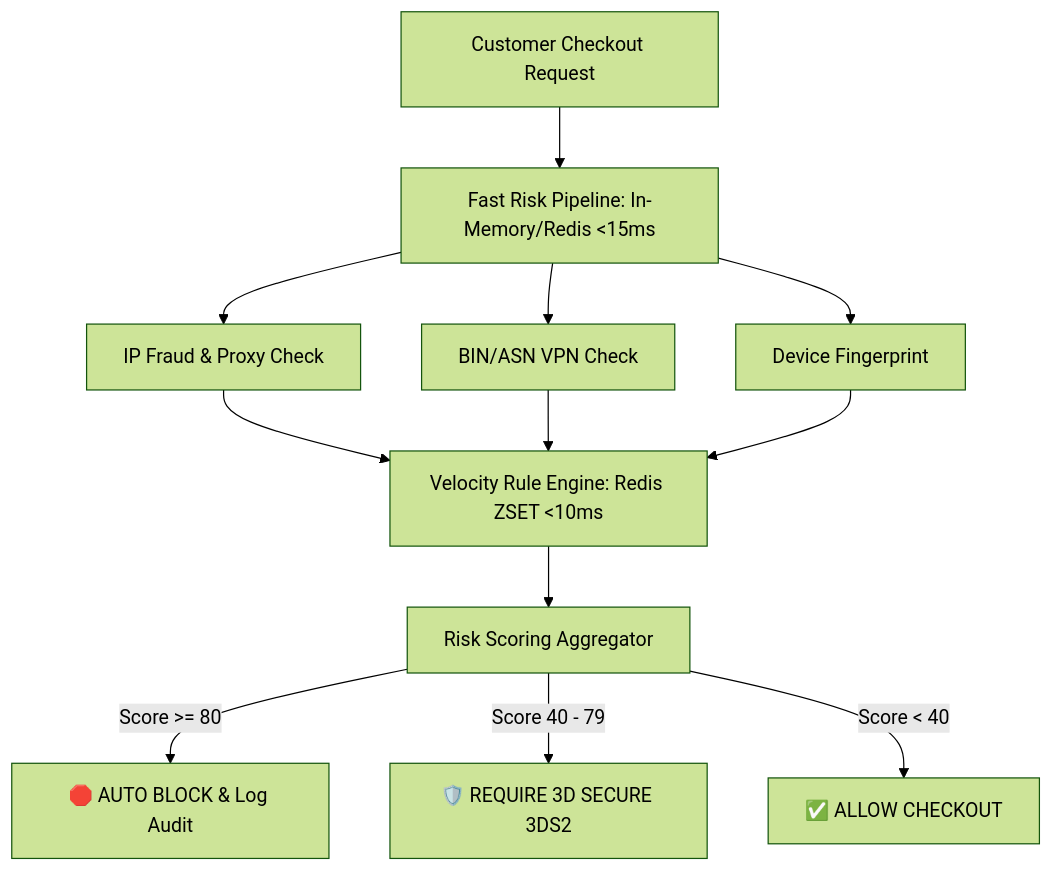
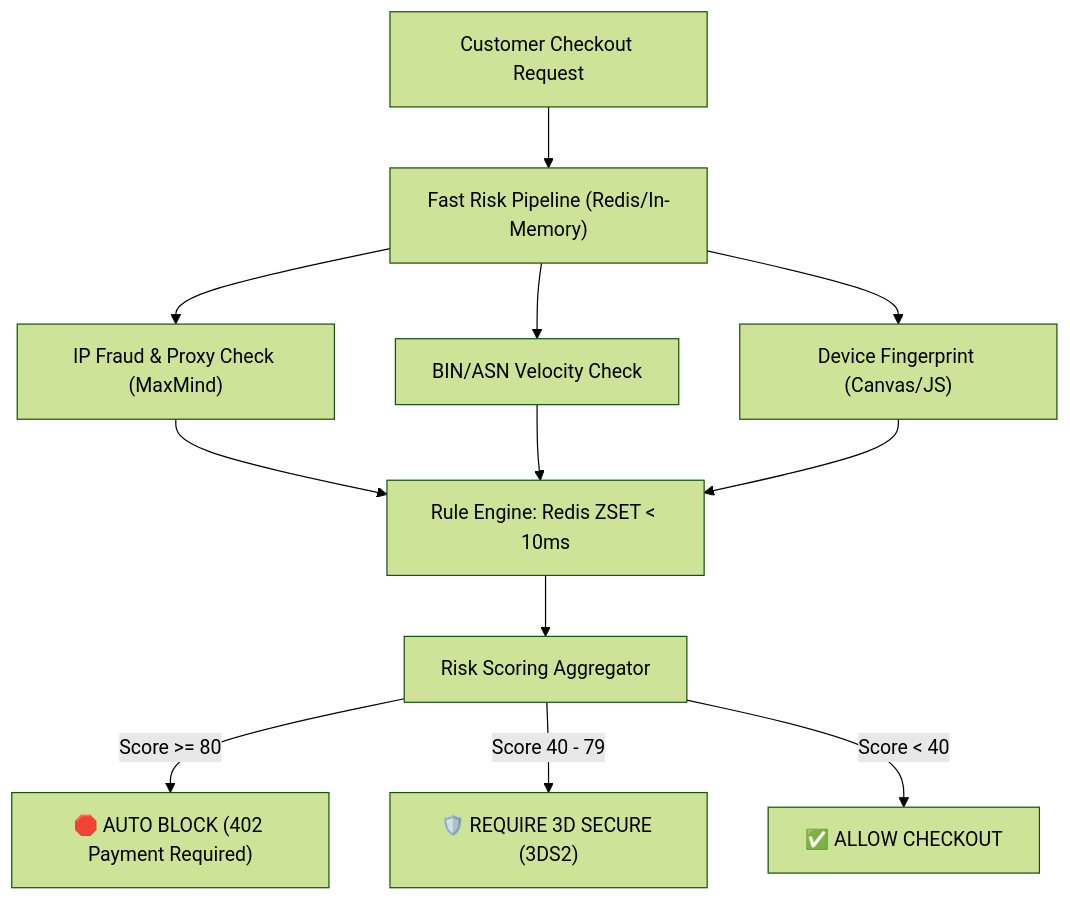
Before and after one commit to fazleyrabby/backend-engineering-mastery: the diagram in system-design/08_real_world_fraud_engine_architecture.md, drawn with Mermaid (forest theme). The commit also changed other lines of this file and 15 other files, not shown here.

````diff
--- a/system-design/08_real_world_fraud_engine_architecture.md
+++ b/system-design/08_real_world_fraud_engine_architecture.md
@@ -19,14 +20,14 @@
 ```mermaid
 flowchart TD
-    A[Customer Checkout Request] --> B[Fast Risk Pipeline: In-Memory/Redis <15ms]
-    B --> C[IP Fraud & Proxy Check]
-    B --> D[BIN/ASN VPN Check]
-    B --> E[Device Fingerprint]
+    A["Customer Checkout Request"] --> B["Fast Risk Pipeline (Redis/In-Memory)"]
+    B --> C["IP Fraud & Proxy Check (MaxMind)"]
+    B --> D["BIN/ASN Velocity Check"]
+    B --> E["Device Fingerprint (Canvas/JS)"]
     
-    C & D & E --> F[Velocity Rule Engine: Redis ZSET <10ms]
-    F --> G[Risk Scoring Aggregator]
+    C & D & E --> F["Rule Engine: Redis ZSET < 10ms"]
+    F --> G["Risk Scoring Aggregator"]
     
-    G -->|Score >= 80| H[🛑 AUTO BLOCK & Log Audit]
-    G -->|Score 40 - 79| I[🛡️ REQUIRE 3D SECURE 3DS2]
-    G -->|Score < 40| J[✅ ALLOW CHECKOUT]
+    G -->|Score >= 80| H["🛑 AUTO BLOCK (402 Payment Required)"]
+    G -->|Score 40 - 79| I["🛡️ REQUIRE 3D SECURE (3DS2)"]
+    G -->|Score < 40| J["✅ ALLOW CHECKOUT"]
 ```
````
